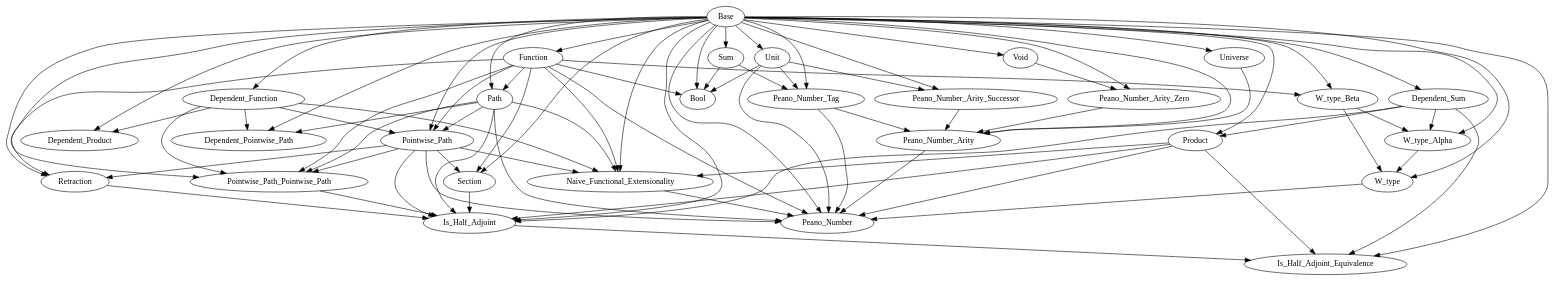
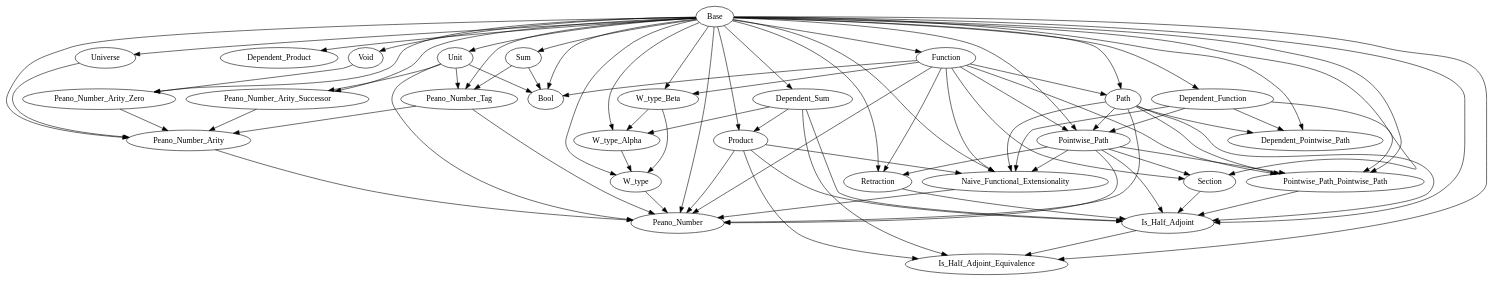
Before and after one commit to Hexirp/googology-in-coq: the diagram in libraries/dependencies.gv, drawn with Graphviz. The commit also changed 1 other file, not shown here.

Commit message:
Update: Dependent_Product をシンプルにする

```diff
--- a/libraries/dependencies.gv
+++ b/libraries/dependencies.gv
@@ -1,113 +1,112 @@
 digraph Dependencies {
   # Base
   # Dependent_Function
   "Base" -> "Dependent_Function";
   # Function
   "Base" -> "Function";
   # Dependent_Product
   "Base" -> "Dependent_Product";
-  "Dependent_Function" -> "Dependent_Product";
   # Dependent_Sum
   "Base" -> "Dependent_Sum";
   # Product
   "Base" -> "Product";
   "Dependent_Sum" -> "Product";
   # Sum
   "Base" -> "Sum";
   # Unit
   "Base" -> "Unit";
   # Void
   "Base" -> "Void";
   # W_type_Beta
   "Base" -> "W_type_Beta";
   "Function" -> "W_type_Beta";
   # W_type_Alpha
   "Base" -> "W_type_Alpha";
   "Dependent_Sum" -> "W_type_Alpha";
   "W_type_Beta" -> "W_type_Alpha";
   # W_type
   "Base" -> "W_type";
   "W_type_Alpha" -> "W_type";
   "W_type_Beta" -> "W_type";
   # Universe
   "Base" -> "Universe";
   # Path
   "Base" -> "Path";
   "Function" -> "Path";
   # Dependent_Pointwise_Path
   "Base" -> "Dependent_Pointwise_Path";
   "Dependent_Function" -> "Dependent_Pointwise_Path";
   "Path" -> "Dependent_Pointwise_Path";
   # Pointwise_Path
   "Base" -> "Pointwise_Path";
   "Dependent_Function" -> "Pointwise_Path";
   "Function" -> "Pointwise_Path";
   "Path" -> "Pointwise_Path";
   # Pointwise_Path_Pointwise_Path
   "Base" -> "Pointwise_Path_Pointwise_Path";
   "Dependent_Function" -> "Pointwise_Path_Pointwise_Path";
   "Function" -> "Pointwise_Path_Pointwise_Path";
   "Path" -> "Pointwise_Path_Pointwise_Path";
   "Pointwise_Path" -> "Pointwise_Path_Pointwise_Path";
   # Section
   "Base" -> "Section";
   "Function" -> "Section";
   "Pointwise_Path" -> "Section";
   # Retraction
   "Base" -> "Retraction";
   "Function" -> "Retraction";
   "Pointwise_Path" -> "Retraction";
   # Is_Half_Adjoint
   "Base" -> "Is_Half_Adjoint";
   "Dependent_Sum" -> "Is_Half_Adjoint";
   "Product" -> "Is_Half_Adjoint";
   "Path" -> "Is_Half_Adjoint";
   "Pointwise_Path" -> "Is_Half_Adjoint";
   "Pointwise_Path_Pointwise_Path" -> "Is_Half_Adjoint";
   "Section" -> "Is_Half_Adjoint";
   "Retraction" -> "Is_Half_Adjoint";
   # Is_Half_Adjoint_Equivalence
   "Base" -> "Is_Half_Adjoint_Equivalence";
   "Dependent_Sum" -> "Is_Half_Adjoint_Equivalence";
   "Product" -> "Is_Half_Adjoint_Equivalence";
   "Is_Half_Adjoint" -> "Is_Half_Adjoint_Equivalence";
   # Naive_Functional_Extensionality
   "Base" -> "Naive_Functional_Extensionality";
   "Dependent_Function" -> "Naive_Functional_Extensionality";
   "Function" -> "Naive_Functional_Extensionality";
   "Product" -> "Naive_Functional_Extensionality";
   "Path" -> "Naive_Functional_Extensionality";
   "Pointwise_Path" -> "Naive_Functional_Extensionality";
   # Bool
   "Base" -> "Bool";
   "Function" -> "Bool";
   "Sum" -> "Bool";
   "Unit" -> "Bool";
   # Peano_Number_Tag
   "Base" -> "Peano_Number_Tag";
   "Sum" -> "Peano_Number_Tag";
   "Unit" -> "Peano_Number_Tag";
   # Peano_Number_Arity_Zero
   "Base" -> "Peano_Number_Arity_Zero";
   "Void" -> "Peano_Number_Arity_Zero";
   # Peano_Number_Arity_Successor
   "Base" -> "Peano_Number_Arity_Successor";
   "Unit" -> "Peano_Number_Arity_Successor";
   # Peano_Number_Arity
   "Base" -> "Peano_Number_Arity";
   "Universe" -> "Peano_Number_Arity";
   "Peano_Number_Tag" -> "Peano_Number_Arity";
   "Peano_Number_Arity_Zero" -> "Peano_Number_Arity";
   "Peano_Number_Arity_Successor" -> "Peano_Number_Arity";
   # Peano_Number
   "Base" -> "Peano_Number";
   "Function" -> "Peano_Number";
   "Product" -> "Peano_Number";
   "Unit" -> "Peano_Number";
   "W_type" -> "Peano_Number";
   "Path" -> "Peano_Number";
   "Pointwise_Path" -> "Peano_Number";
   "Naive_Functional_Extensionality" -> "Peano_Number";
   "Peano_Number_Tag" -> "Peano_Number";
   "Peano_Number_Arity" -> "Peano_Number";
 }
```
